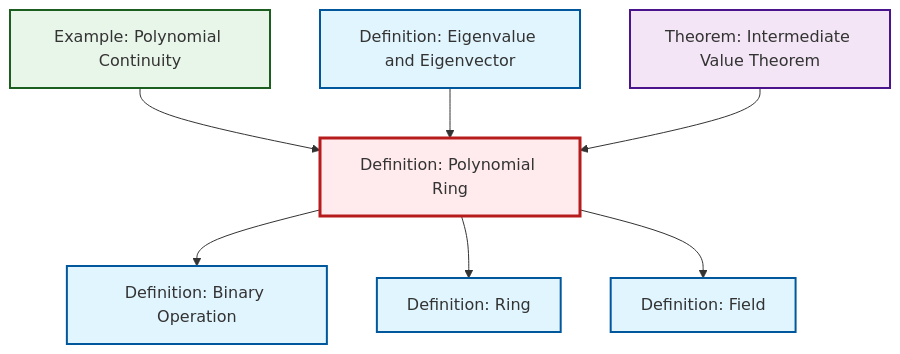
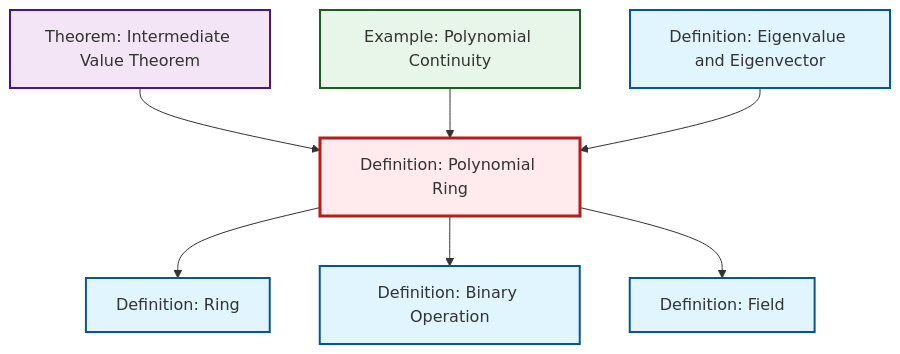
One commit to RK0429/ModernMath changed the diagram in output/mermaid/def-polynomial-ring.mermaid. Above: the diagram before and after it, drawn with Mermaid. The commit also changed other lines of this file and 1420 other files, not shown here.

```diff
--- a/output/mermaid/def-polynomial-ring.mermaid
+++ b/output/mermaid/def-polynomial-ring.mermaid
@@ -1,21 +1,21 @@
 %%| fig-cap: "Local dependency graph"
 graph TD
     classDef definition fill:#e1f5fe,stroke:#01579b,stroke-width:2px
     classDef theorem fill:#f3e5f5,stroke:#4a148c,stroke-width:2px
     classDef axiom fill:#fff3e0,stroke:#e65100,stroke-width:2px
     classDef example fill:#e8f5e9,stroke:#1b5e20,stroke-width:2px
     classDef current fill:#ffebee,stroke:#b71c1c,stroke-width:3px
+    def-field["Definition: Field"]:::definition
+    def-eigenvalue-eigenvector["Definition: Eigenvalue and Eigenvector"]:::definition
+    def-polynomial-ring["Definition: Polynomial Ring"]:::definition
     def-ring["Definition: Ring"]:::definition
-    thm-intermediate-value["Theorem: Intermediate Value Theorem"]:::theorem
     def-binary-operation["Definition: Binary Operation"]:::definition
     ex-polynomial-continuity["Example: Polynomial Continuity"]:::example
-    def-polynomial-ring["Definition: Polynomial Ring"]:::definition
-    def-eigenvalue-eigenvector["Definition: Eigenvalue and Eigenvector"]:::definition
-    def-field["Definition: Field"]:::definition
-    def-polynomial-ring --> def-binary-operation
-    ex-polynomial-continuity --> def-polynomial-ring
-    def-eigenvalue-eigenvector --> def-polynomial-ring
+    thm-intermediate-value["Theorem: Intermediate Value Theorem"]:::theorem
     def-polynomial-ring --> def-ring
     thm-intermediate-value --> def-polynomial-ring
+    ex-polynomial-continuity --> def-polynomial-ring
+    def-polynomial-ring --> def-binary-operation
     def-polynomial-ring --> def-field
+    def-eigenvalue-eigenvector --> def-polynomial-ring
     class def-polynomial-ring current
```
